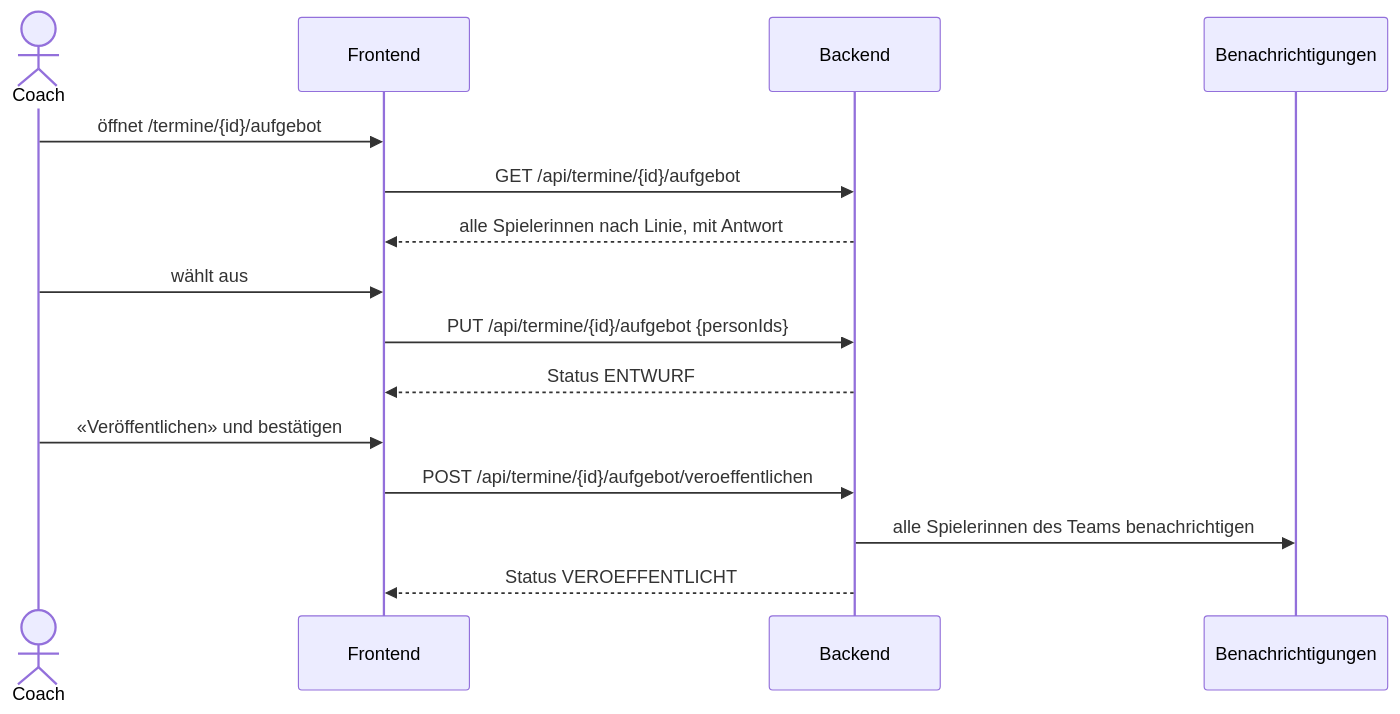
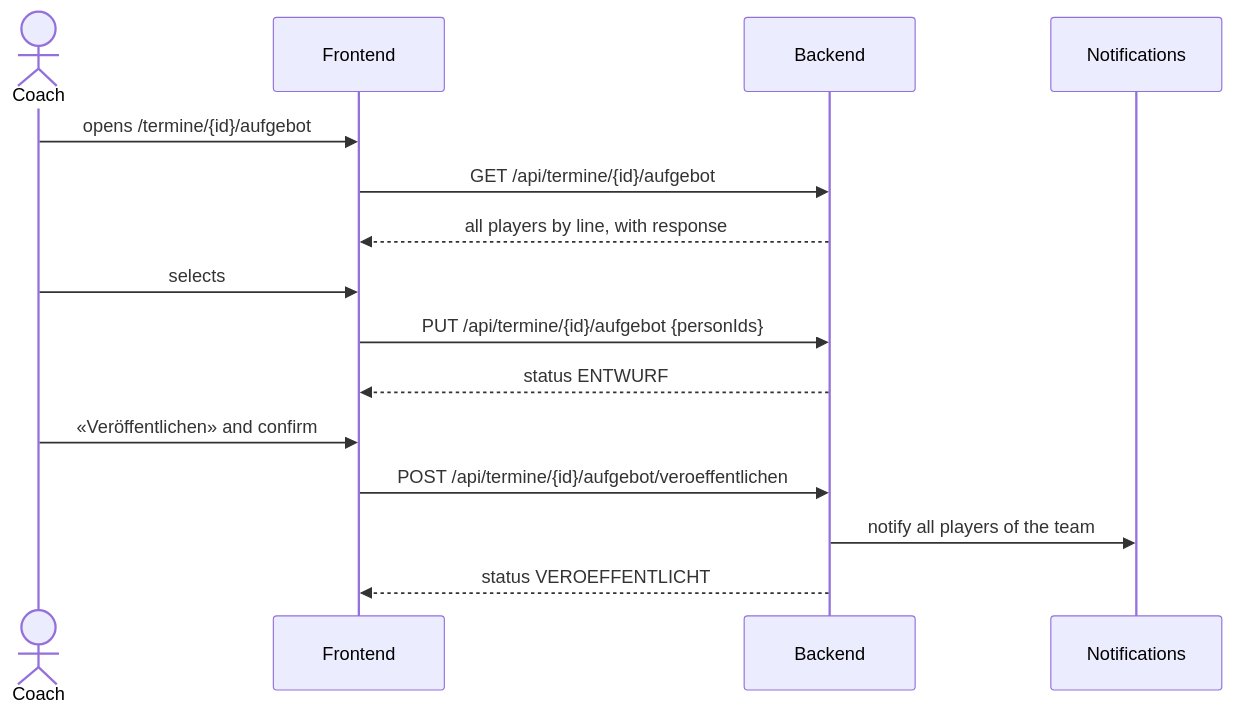
Before and after one commit to cyrilleulmi/StvBeroPlatform: diagram 12 of 13 in docs/states.md, drawn with Mermaid. The commit also changed other lines of this file and 19 other files, not shown here.

````diff
--- a/docs/states.md
+++ b/docs/states.md
@@ -308,17 +310,17 @@
 ```mermaid
 sequenceDiagram
     actor C as Coach
     participant F as Frontend
     participant B as Backend
-    participant N as Benachrichtigungen
-    C->>F: öffnet /termine/{id}/aufgebot
+    participant N as Notifications
+    C->>F: opens /termine/{id}/aufgebot
     F->>B: GET /api/termine/{id}/aufgebot
-    B-->>F: alle Spielerinnen nach Linie, mit Antwort
-    C->>F: wählt aus
+    B-->>F: all players by line, with response
+    C->>F: selects
     F->>B: PUT /api/termine/{id}/aufgebot {personIds}
-    B-->>F: Status ENTWURF
-    C->>F: «Veröffentlichen» und bestätigen
+    B-->>F: status ENTWURF
+    C->>F: «Veröffentlichen» and confirm
     F->>B: POST /api/termine/{id}/aufgebot/veroeffentlichen
-    B->>N: alle Spielerinnen des Teams benachrichtigen
-    B-->>F: Status VEROEFFENTLICHT
+    B->>N: notify all players of the team
+    B-->>F: status VEROEFFENTLICHT
 ```
````
